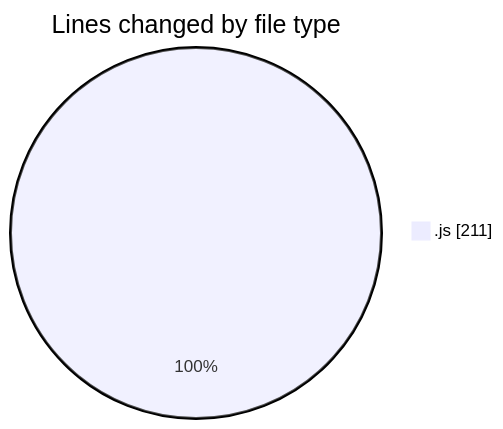
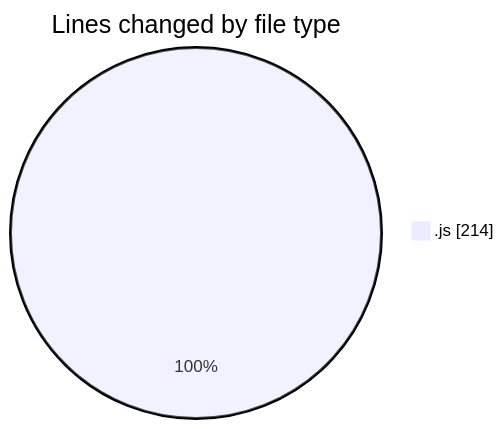
The first of 2 diagrams in 2025-02-03/cda/README.md (momahboobian/code-tracking), drawn with Mermaid before and after one commit. The commit also changed other lines of this file and 1 other file, not shown here.

````diff
--- a/2025-02-03/cda/README.md
+++ b/2025-02-03/cda/README.md
@@ -22,5 +22,5 @@
 ```mermaid
 pie showData
 title Lines changed by file type
-".js" : 211
+".js" : 214
 ```
````
